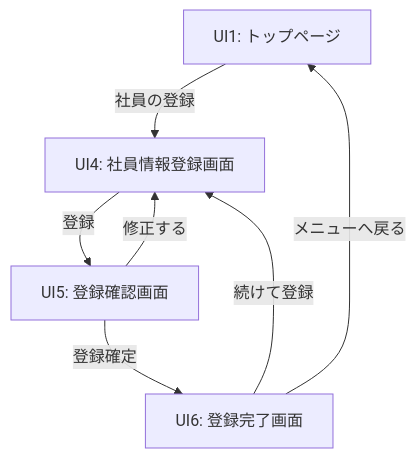
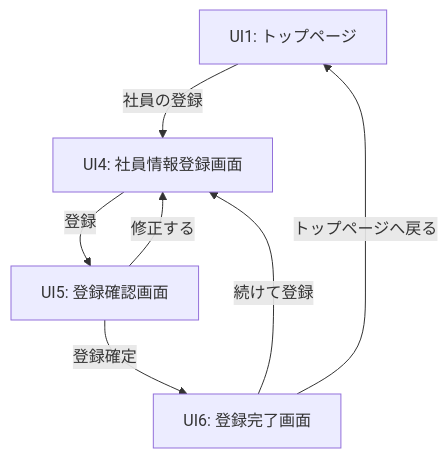
The fourth of 8 diagrams in EIMS_Comprehensive_Exercise_Guide.md (juyeongjung1/NewEIMS), drawn with Mermaid before and after one commit. The commit also changed other lines of this file, not shown here.

Commit message:
UIフロー図の各画面に「トップページへ戻る」「検索画面へ戻る」の両方のルートを追加（メニューへ戻るを廃止）

````diff
--- a/EIMS_Comprehensive_Exercise_Guide.md
+++ b/EIMS_Comprehensive_Exercise_Guide.md
@@ -572,11 +577,11 @@
 ```mermaid
 flowchart TD
     UI1[UI1: トップページ] -->|"社員の登録"| UI4[UI4: 社員情報登録画面]
     
     UI4 -- "登録" --> UI5[UI5: 登録確認画面]
     UI5 -- "登録確定" --> UI6[UI6: 登録完了画面]
     
     UI5 -- "修正する" --> UI4
     UI6 -- "続けて登録" --> UI4
-    UI6 -->|"メニューへ戻る"| UI1
+    UI6 -->|"トップページへ戻る"| UI1
 ```
````
